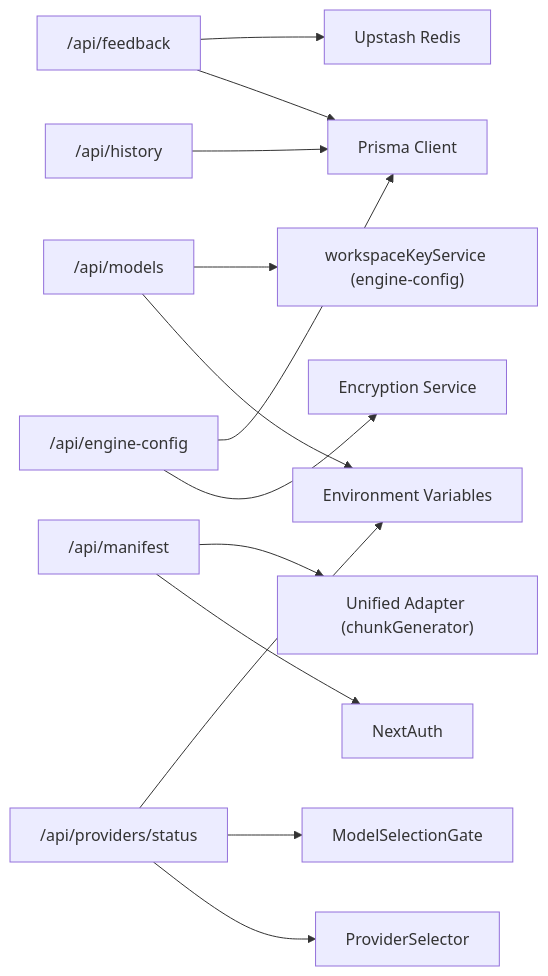
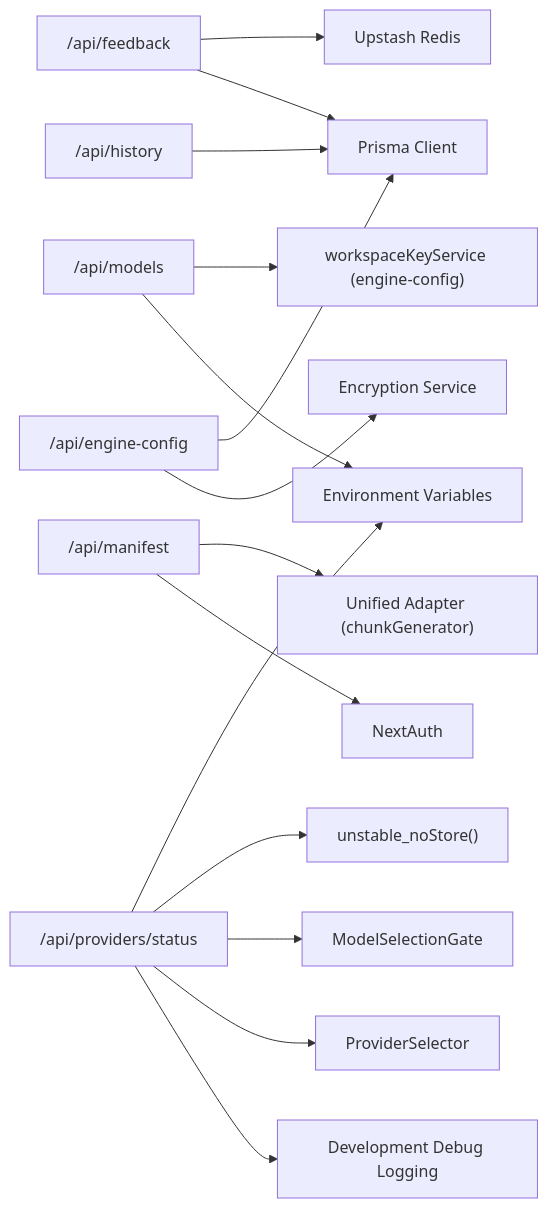
One commit to shekhargiri005-dotcom/AI-powered-accessibility-first-UI-engine changed the ninth of 9 diagrams in .qoder/repowiki/en/content/API Reference/Utility APIs.md. Above: the diagram before and after it, drawn with Mermaid. The commit also changed other lines of this file and 9 other files, not shown here.

````diff
--- a/.qoder/repowiki/en/content/API Reference/Utility APIs.md
+++ b/.qoder/repowiki/en/content/API Reference/Utility APIs.md
@@ -499,15 +526,17 @@
 ```mermaid
 graph LR
 Models["/api/models"] --> Keys["workspaceKeyService (engine-config)"]
 Models --> Env["Environment Variables"]
 History["/api/history"] --> Prisma["Prisma Client"]
 Feedback["/api/feedback"] --> Redis["Upstash Redis"]
 Feedback --> Prisma
 Manifest["/api/manifest"] --> Adapter["Unified Adapter (chunkGenerator)"]
 Manifest --> Auth["NextAuth"]
 Engine["/api/engine-config"] --> Prisma
 Engine --> Crypto["Encryption Service"]
 Providers["/api/providers/status"] --> Env
+Providers --> Cache["unstable_noStore()"]
 Providers --> MSG["ModelSelectionGate"]
 Providers --> PSel["ProviderSelector"]
+Providers --> Debug["Development Debug Logging"]
 ```
````
